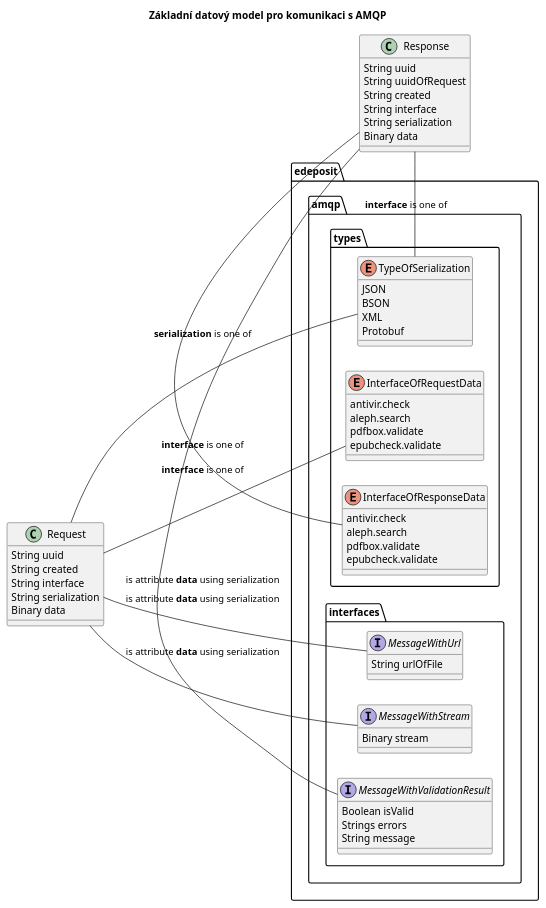
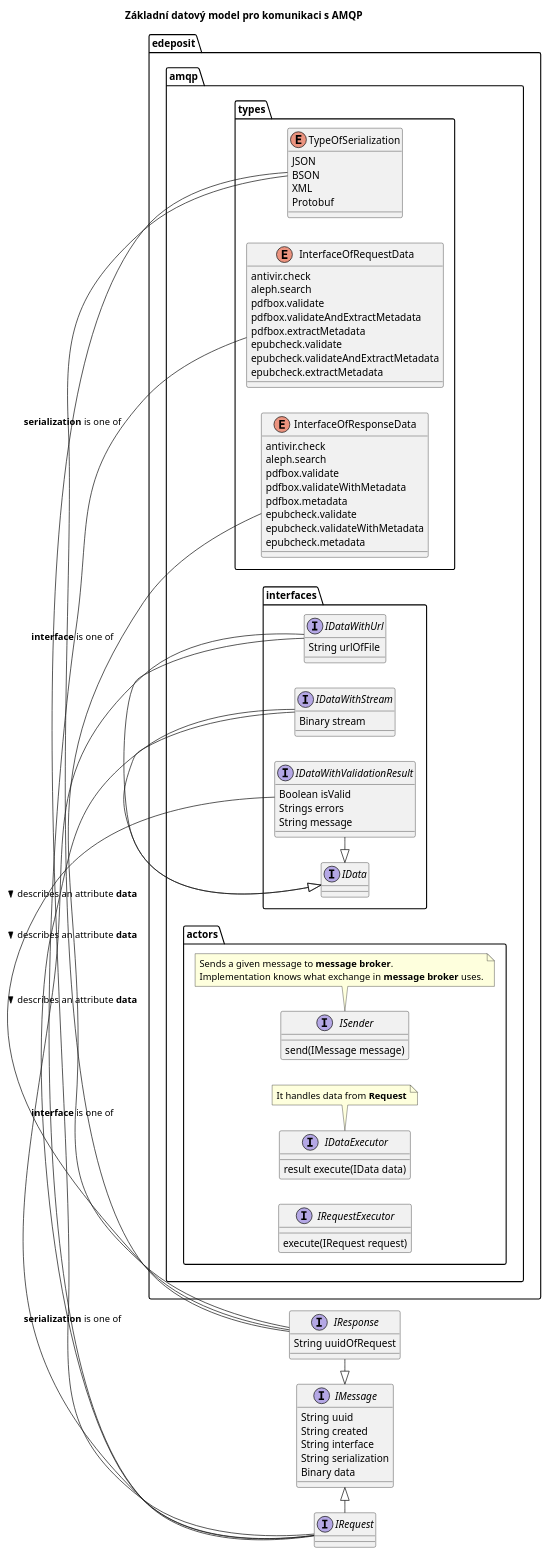
One commit to edeposit/edeposit changed the diagram in docs/middleware/dm00.plantuml. Above: the diagram before and after it, drawn with PlantUML. The commit also changed 1 other file, not shown here.

```diff
--- a/docs/middleware/dm00.plantuml
+++ b/docs/middleware/dm00.plantuml
@@ -1,71 +1,111 @@
 @startuml
 skinparam componentStyle uml2
 left to right direction
 title Základní datový model pro komunikaci s AMQP
 
 package edeposit.amqp.types {
 enum TypeOfSerialization {
      JSON
      BSON
      XML
      Protobuf
 }
 
 enum InterfaceOfRequestData {
      antivir.check
      aleph.search
      pdfbox.validate
+     pdfbox.validateAndExtractMetadata
+     pdfbox.extractMetadata
      epubcheck.validate
+     epubcheck.validateAndExtractMetadata
+     epubcheck.extractMetadata
 }
 
 enum InterfaceOfResponseData {
      antivir.check
      aleph.search
      pdfbox.validate
+     pdfbox.validateWithMetadata
+     pdfbox.metadata     
      epubcheck.validate
+     epubcheck.validateWithMetadata
+     epubcheck.metadata     
 }
 }
 
-class Request {
+interface IMessage {
       String uuid
       String created
       String interface
       String serialization
       Binary data
 }
 
+interface IRequest {
+}
+
+interface IResponse {
+      String uuidOfRequest
+}
+
+IMessage <|-right- IRequest
+IMessage <|-left- IResponse
 
 package edeposit.amqp.interfaces {
-        interface MessageWithUrl {
+        
+        interface IData {
+        }       
+
+        interface IDataWithUrl {
               String urlOfFile
-              }
+        }
 
-        interface MessageWithStream {
+        interface IDataWithStream {
               Binary stream
         }
 
-        interface MessageWithValidationResult {
+        interface IDataWithValidationResult {
                   Boolean isValid
                   Strings errors
                   String message
         }
+
+        IData <|-right- IDataWithUrl
+        IData <|-right- IDataWithStream
+        IData <|-right- IDataWithValidationResult
 }
 
-class Response {
-      String uuid
-      String uuidOfRequest
-      String created
-      String interface
-      String serialization
-      Binary data
+
+IRequest -- IDataWithUrl : < describes an attribute <b>data</b>
+IRequest -- IDataWithStream : < describes an attribute <b>data</b>
+IRequest -left- TypeOfSerialization : <b>serialization</b> is one of
+IRequest -left- InterfaceOfRequestData : <b>interface</b> is one of
+
+IResponse -- IDataWithValidationResult : < describes an attribute <b>data</b>
+IResponse -left- TypeOfSerialization : <b>serialization</b> is one of
+IResponse -left- InterfaceOfResponseData : <b>interface</b> is one of
+
+package edeposit.amqp.actors {
+        interface ISender {
+                send(IMessage message)                            
+        }
+        note bottom
+        Sends a given message to <b>message broker</b>. 
+        Implementation knows what exchange in <b>message broker</b> uses.
+        end note
+
+        
+        interface IDataExecutor {
+                  result execute(IData data)
+        }
+        note bottom
+        It handles data from <b>Request</b>
+        end note
+
+        interface IRequestExecutor {
+                  execute(IRequest request)                  
+        }
 }
 
-Request -- MessageWithUrl : is attribute <b>data</b> using serialization
-Request -- MessageWithStream : is attribute <b>data</b> using serialization
-Request -left- TypeOfSerialization : <b>serialization</b> is one of
-Request -left- InterfaceOfRequestData : <b>interface</b> is one of
-
-Response -- MessageWithValidationResult : is attribute <b>data</b> using serialization
-Response -left- TypeOfSerialization : <b>interface</b> is one of
-Response -left- InterfaceOfResponseData : <b>interface</b> is one of
 @enduml
```
